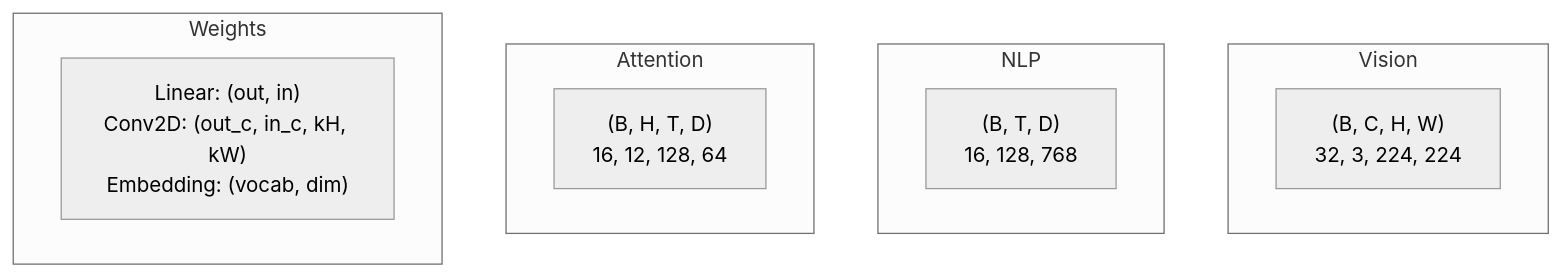
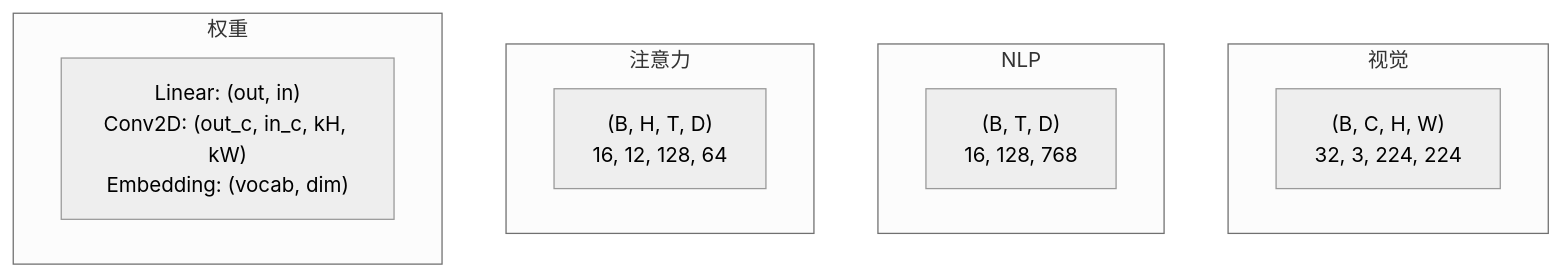
One commit to alessandrodinisio-ai/ai-engineering-learning-framework changed the second of 4 diagrams in phases/01-math-foundations/12-tensor-operations/docs/zh.md. Above: the diagram before and after it, drawn with Mermaid (neutral theme). The commit also changed other lines of this file and 120 other files, not shown here.

First line of the commit message:
i18n(mermaid): 337 个 mermaid 图表标签中文化

````diff
--- a/phases/01-math-foundations/12-tensor-operations/docs/zh.md
+++ b/phases/01-math-foundations/12-tensor-operations/docs/zh.md
@@ -45,15 +45,15 @@
 ```mermaid
 graph TD
-    subgraph Vision
+    subgraph Vision["视觉"]
         V1["(B, C, H, W)<br/>32, 3, 224, 224"]
     end
     subgraph NLP
         N1["(B, T, D)<br/>16, 128, 768"]
     end
-    subgraph Attention
+    subgraph Attention["注意力"]
         A1["(B, H, T, D)<br/>16, 12, 128, 64"]
     end
-    subgraph Weights
+    subgraph Weights["权重"]
         W1["Linear: (out, in)<br/>Conv2D: (out_c, in_c, kH, kW)<br/>Embedding: (vocab, dim)"]
     end
 ```
````
